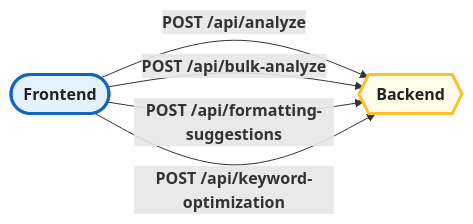
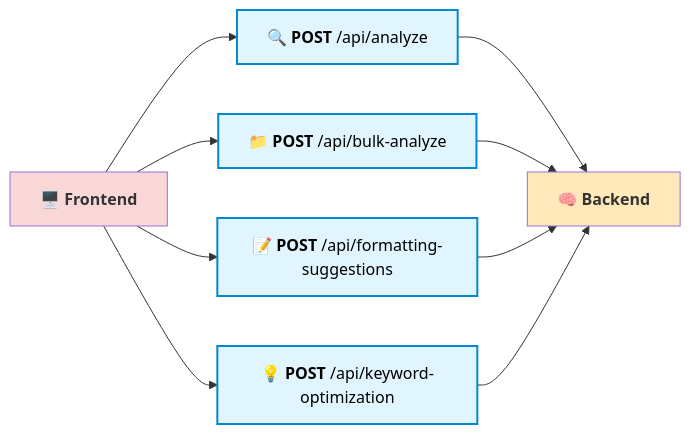
The third of 3 diagrams in README.md (Rishi-gupta-data/SmartScreen), drawn with Mermaid before and after one commit.

````diff
--- a/README.md
+++ b/README.md
@@ -63,10 +63,20 @@
 ```mermaid
-graph LR
-  FE(["<b>Frontend</b>"]):::frontend -- "<b>POST /api/analyze</b>" --> BE{{"<b>Backend</b>"}}:::backend
-  FE -- "<b>POST /api/bulk-analyze</b>" --> BE
-  FE -- "<b>POST /api/formatting-suggestions</b>" --> BE
-  FE -- "<b>POST /api/keyword-optimization</b>" --> BE
+flowchart LR
+    API1["🔍 <b>POST</b> /api/analyze"] --> BE["🧠 <b>Backend</b>"]
+    API2["📁 <b>POST</b> /api/bulk-analyze"] --> BE
+    API3["📝 <b>POST</b> /api/formatting-suggestions"] --> BE
+    API4["💡 <b>POST</b> /api/keyword-optimization"] --> BE
+    FE["🖥️ <b>Frontend</b>"] --> API1 & API2 & API3 & API4
 
-  classDef frontend fill:#e3f2fd,stroke:#1565c0,stroke-width:3px,color:#222;
-  classDef backend fill:#fffde7,stroke:#fbc02d,stroke-width:3px,color:#222;
+     API1:::api
+     BE:::backend
+     API2:::api
+     API3:::api
+     API4:::api
+     FE:::frontend
+    
+    classDef api fill:#e1f5fe,stroke:#0288d1,stroke-width:2px,color:#000
+    style BE fill:#ffe9ba
+    style FE fill:#fad7d7
+
 ```
````
